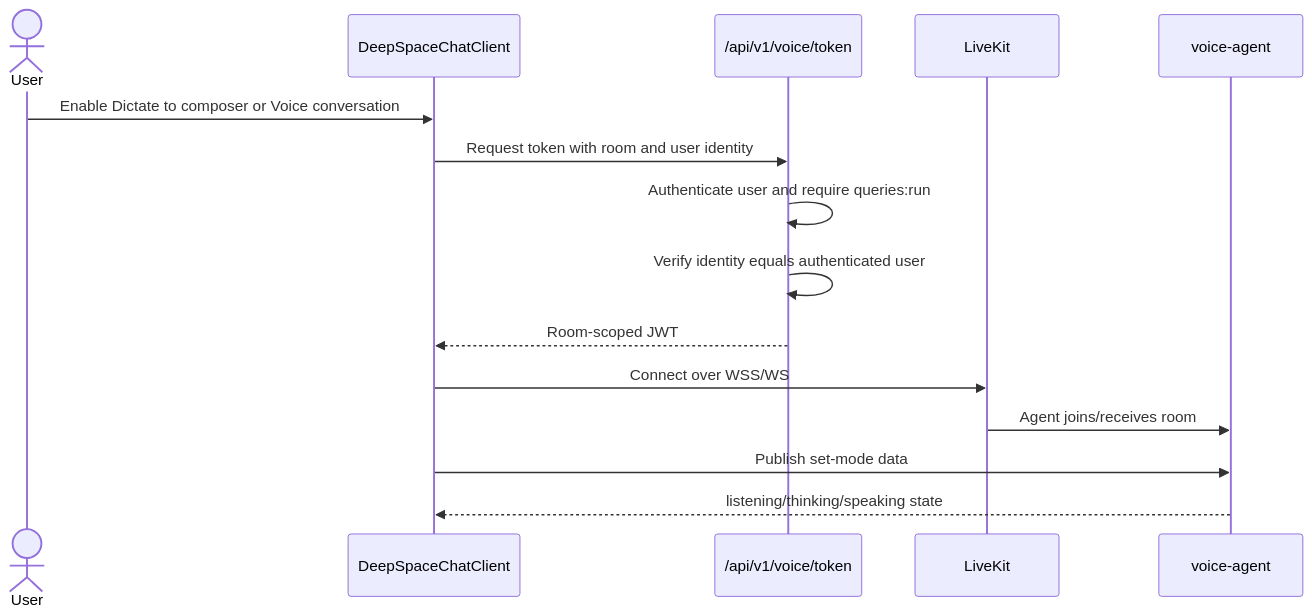
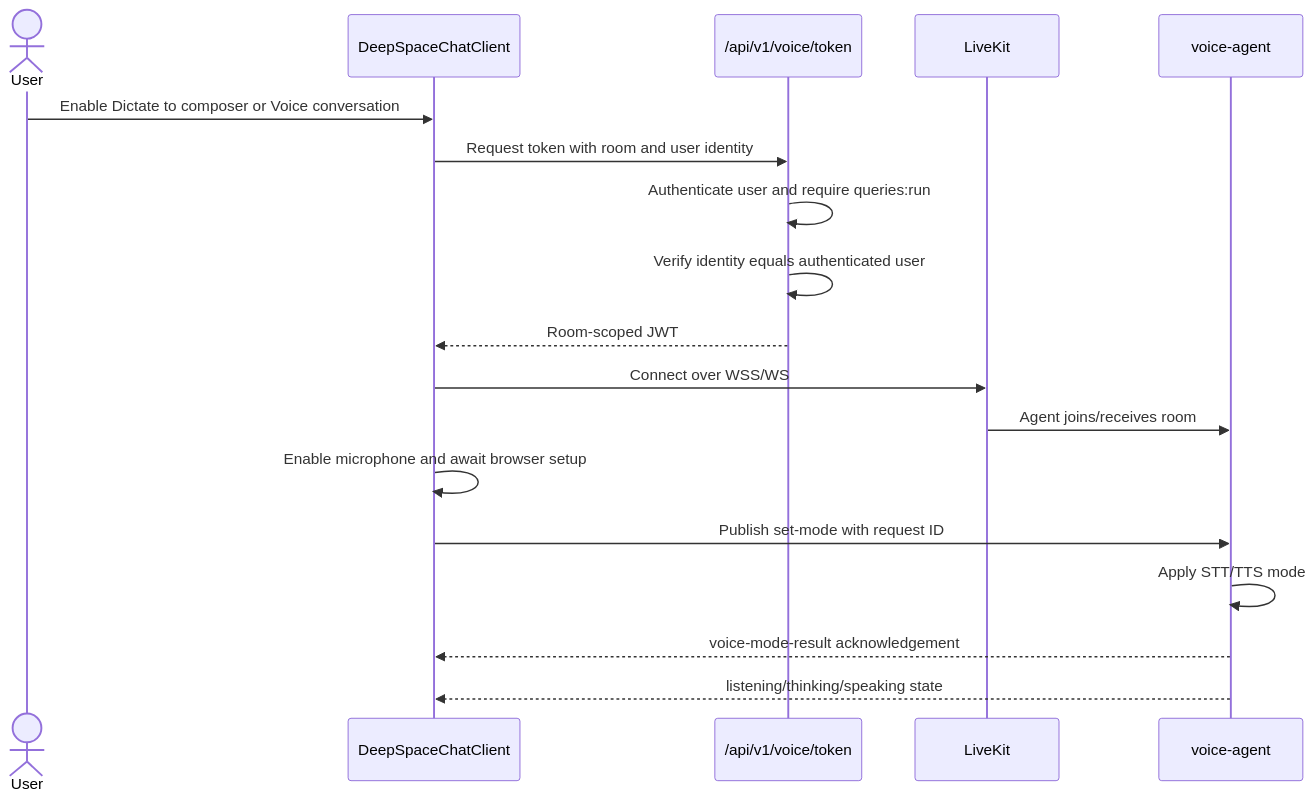
Before and after one commit to sainibhaowal/AverQel: the second of 4 diagrams in backend/docs/capabilities/11-voice-and-realtime-audio.md, drawn with Mermaid. The commit also changed other lines of this file and 169 other files, not shown here.

First line of the commit message:
feat(deepspace): deliver document, voice, and rich workspace flows

```diff
--- a/backend/docs/capabilities/11-voice-and-realtime-audio.md
+++ b/backend/docs/capabilities/11-voice-and-realtime-audio.md
@@ -197,18 +203,21 @@
 ~~~mermaid
 sequenceDiagram
     actor User
     participant UI as DeepSpaceChatClient
     participant API as /api/v1/voice/token
     participant LK as LiveKit
     participant VA as voice-agent
 
     User->>UI: Enable Dictate to composer or Voice conversation
     UI->>API: Request token with room and user identity
     API->>API: Authenticate user and require queries:run
     API->>API: Verify identity equals authenticated user
     API-->>UI: Room-scoped JWT
     UI->>LK: Connect over WSS/WS
     LK->>VA: Agent joins/receives room
-    UI->>VA: Publish set-mode data
+    UI->>UI: Enable microphone and await browser setup
+    UI->>VA: Publish set-mode with request ID
+    VA->>VA: Apply STT/TTS mode
+    VA-->>UI: voice-mode-result acknowledgement
     VA-->>UI: listening/thinking/speaking state
 ~~~
```
